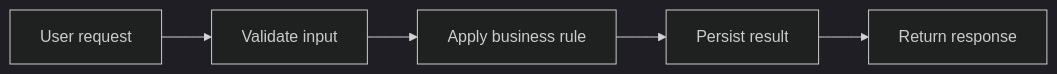
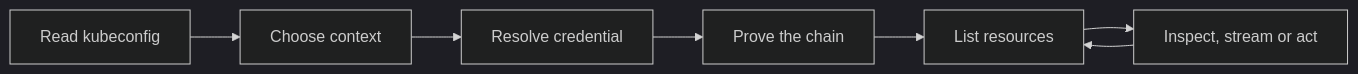
One commit to farchanjo/antares changed the diagram in doc/arch/functional/product-overview.md. Above: the diagram before and after it, drawn with Mermaid (dark theme). The commit also changed other lines of this file and 2 other files, not shown here.

````diff
--- a/doc/arch/functional/product-overview.md
+++ b/doc/arch/functional/product-overview.md
@@ -30,7 +39,9 @@
 ```mermaid
 flowchart LR
-    A[User request] --> B[Validate input]
-    B --> C[Apply business rule]
-    C --> D[Persist result]
-    D --> E[Return response]
+    A[Read kubeconfig] --> B[Choose context]
+    B --> C[Resolve credential]
+    C --> D[Prove the chain]
+    D --> E[List resources]
+    E --> F[Inspect, stream or act]
+    F --> E
 ```
````
